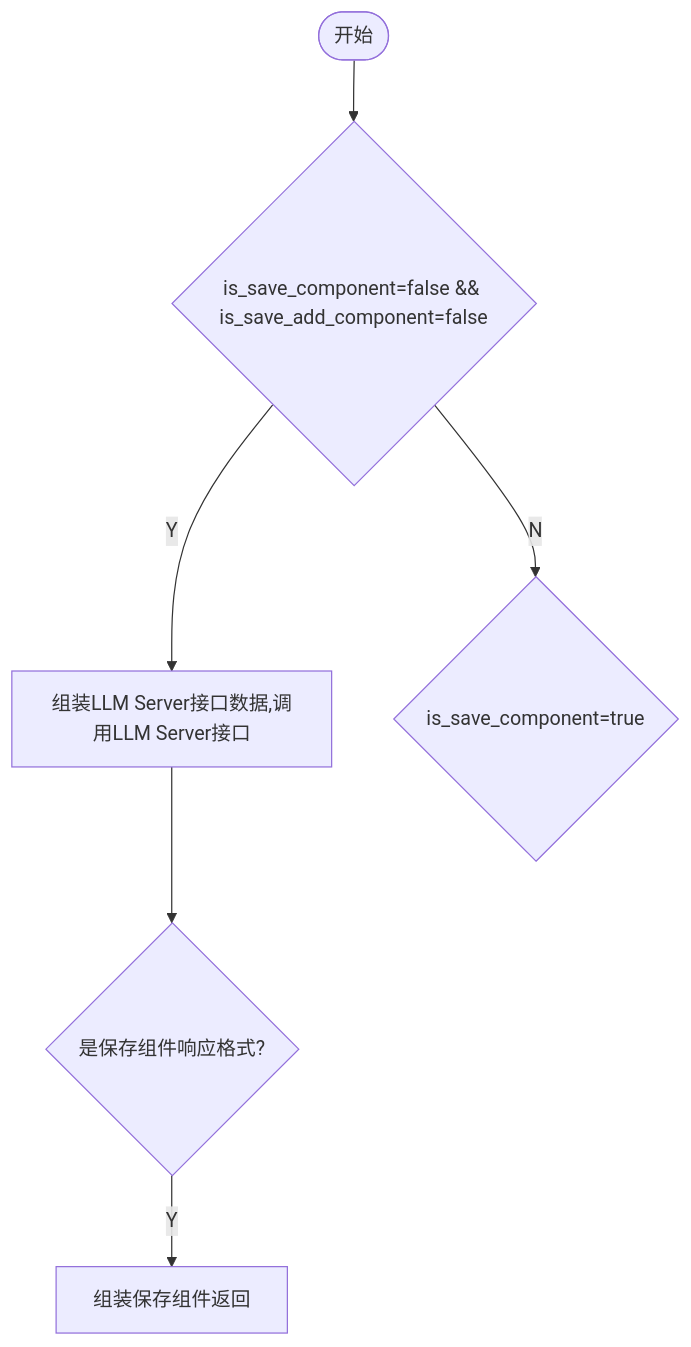
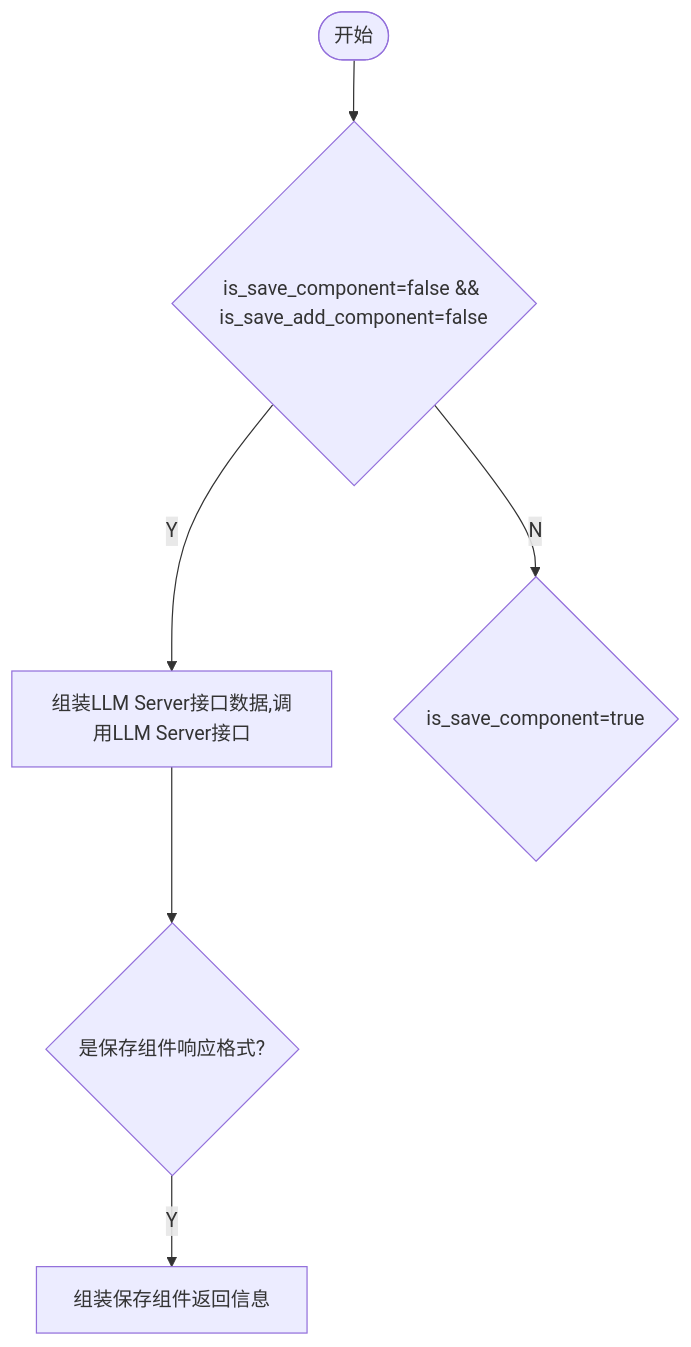
Before and after one commit to yingjianzh/iodraw-files: the diagram in all/未命名-7.md, drawn with Mermaid.

Commit message:
2024-10-12 13:56:24 update

````diff
--- a/all/未命名-7.md
+++ b/all/未命名-7.md
@@ -1,10 +1,10 @@
 ```mermaid
 flowchart TD
     A([开始]) --> B{is_save_component=false && is_save_add_component=false}
     B -- Y --> C[组装LLM Server接口数据,调用LLM Server接口]
     B -- N --> D{is_save_component=true}
     C --> E{是保存组件响应格式?}
-    E -- Y --> F[组装保存组件返回]
+    E -- Y --> F[组装保存组件返回信息]
     
 
 ```
````
